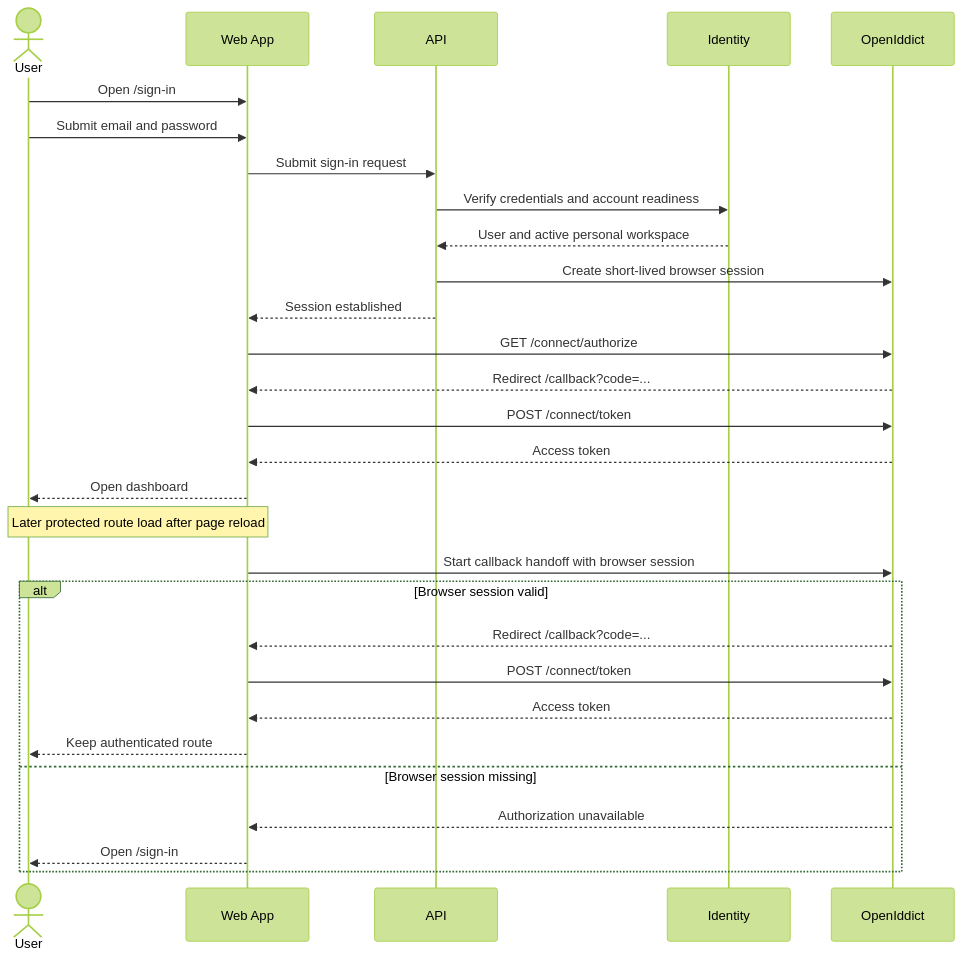
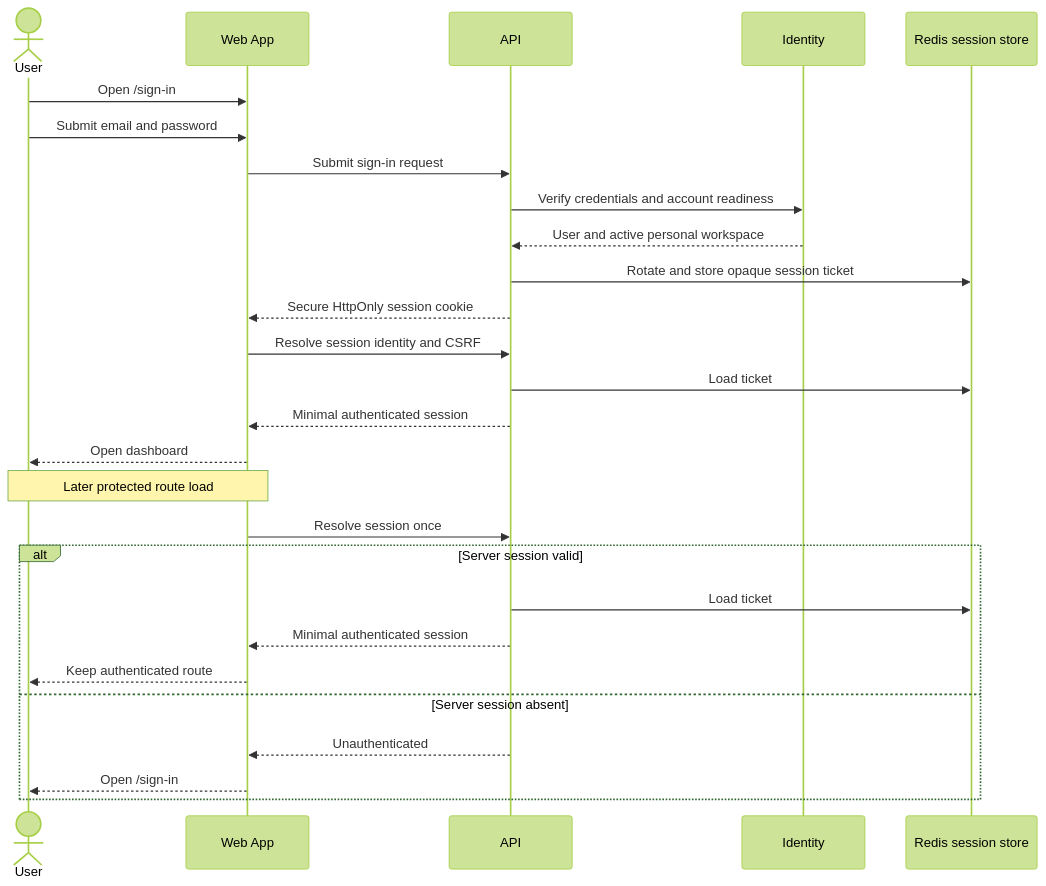
The diagram in docs/use-cases/identity-access/sign-in-user.md (phuongnse/axis), drawn with Mermaid (forest theme) before and after one commit. The commit also changed other lines of this file and 165 other files, not shown here.

````diff
--- a/docs/use-cases/identity-access/sign-in-user.md
+++ b/docs/use-cases/identity-access/sign-in-user.md
@@ -124,33 +125,31 @@
 ```mermaid
 sequenceDiagram
   actor User
   participant Web as Web App
   participant API as API
   participant Identity as Identity
-  participant OIDC as OpenIddict
+  participant Session as Redis session store
 
   User->>Web: Open /sign-in
   User->>Web: Submit email and password
   Web->>API: Submit sign-in request
   API->>Identity: Verify credentials and account readiness
   Identity-->>API: User and active personal workspace
-  API->>OIDC: Create short-lived browser session
-  API-->>Web: Session established
-  Web->>OIDC: GET /connect/authorize
-  OIDC-->>Web: Redirect /callback?code=...
-  Web->>OIDC: POST /connect/token
-  OIDC-->>Web: Access token
+  API->>Session: Rotate and store opaque session ticket
+  API-->>Web: Secure HttpOnly session cookie
+  Web->>API: Resolve session identity and CSRF
+  API->>Session: Load ticket
+  API-->>Web: Minimal authenticated session
   Web-->>User: Open dashboard
 
-  Note over User,Web: Later protected route load after page reload
-  Web->>OIDC: Start callback handoff with browser session
-  alt Browser session valid
-    OIDC-->>Web: Redirect /callback?code=...
-    Web->>OIDC: POST /connect/token
-    OIDC-->>Web: Access token
+  Note over User,Web: Later protected route load
+  Web->>API: Resolve session once
+  alt Server session valid
+    API->>Session: Load ticket
+    API-->>Web: Minimal authenticated session
     Web-->>User: Keep authenticated route
-  else Browser session missing
-    OIDC-->>Web: Authorization unavailable
+  else Server session absent
+    API-->>Web: Unauthenticated
     Web-->>User: Open /sign-in
   end
 ```
````
